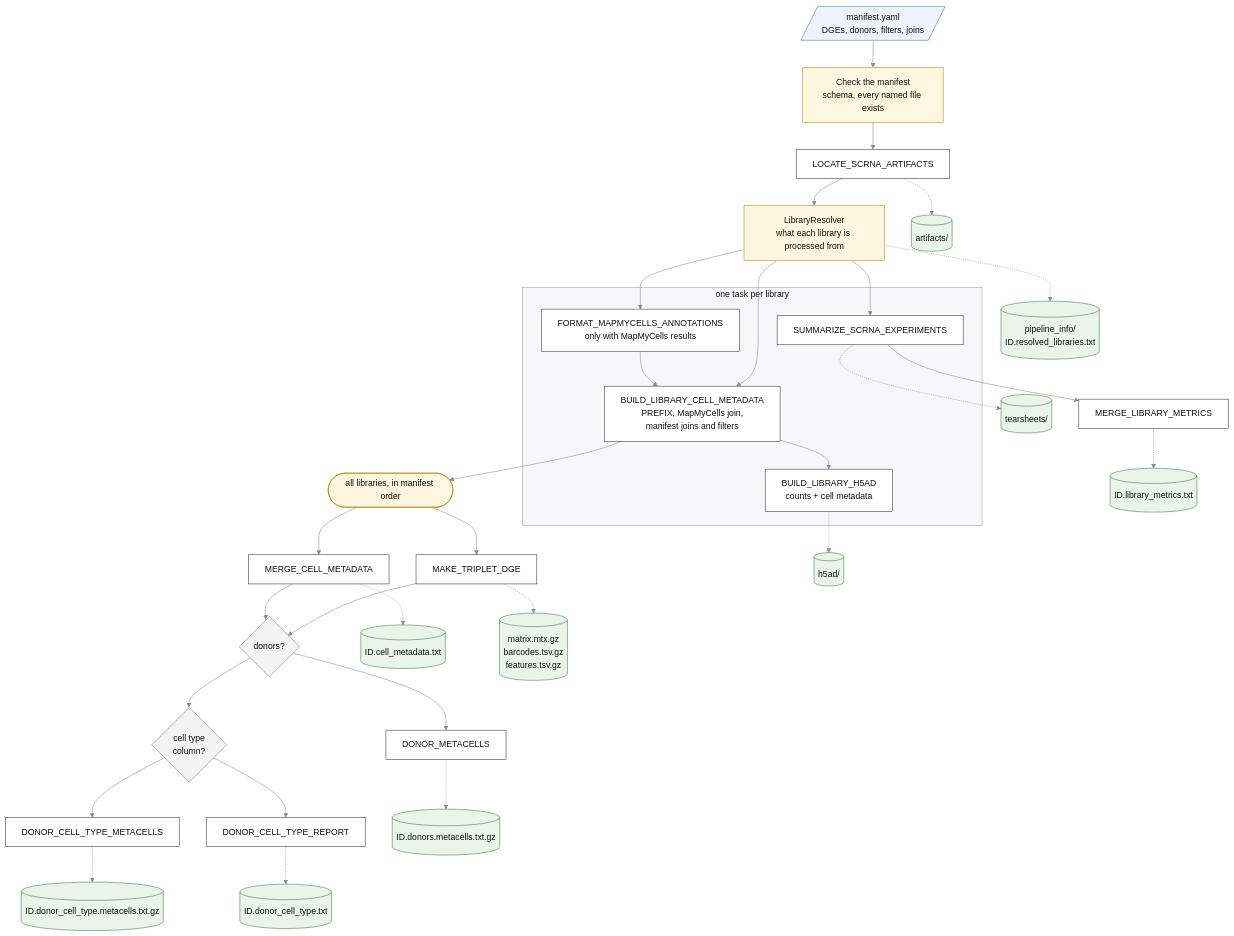
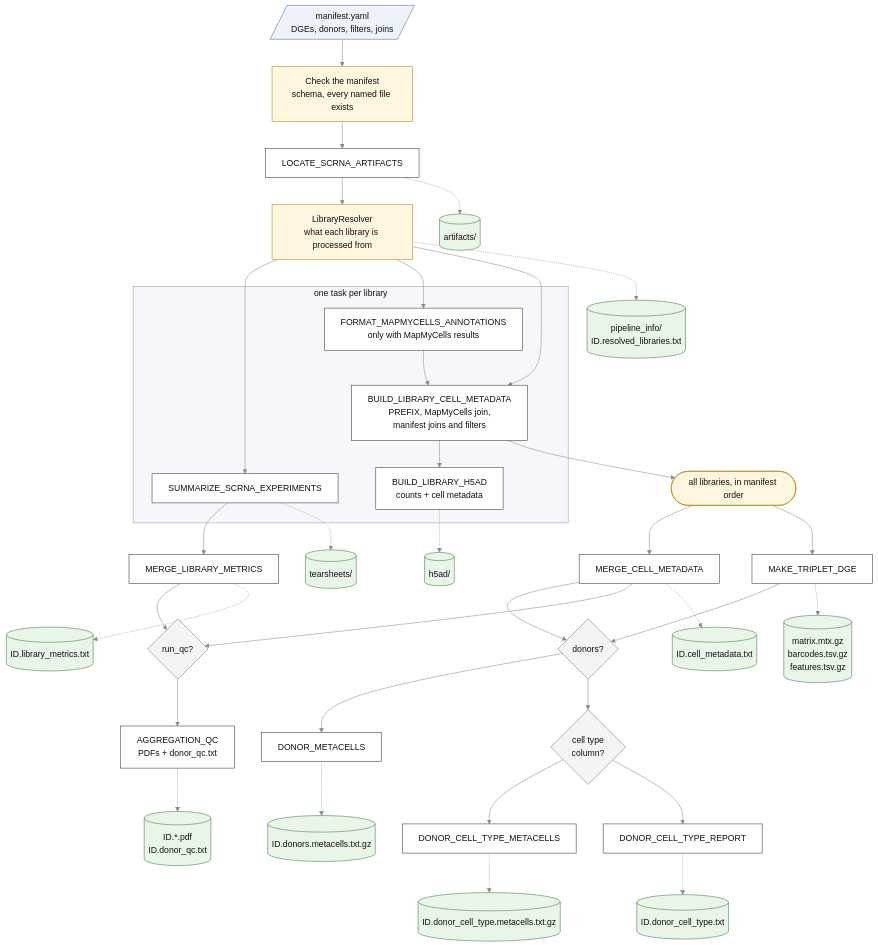
Before and after one commit to broadinstitute/mccarroll-scrna-aggregation: the diagram in docs/figures/workflow.mmd, drawn with Mermaid. The commit also changed 8 other files, not shown here.

```diff
--- a/docs/figures/workflow.mmd
+++ b/docs/figures/workflow.mmd
@@ -1,74 +1,82 @@
 %%{init: {"theme": "base", "themeVariables": {"primaryColor": "#ffffff", "primaryTextColor": "#111111", "primaryBorderColor": "#333333", "lineColor": "#8a8a8a", "clusterBkg": "#f7f7fb", "clusterBorder": "#9a9ab8", "titleColor": "#111111"}}}%%
 flowchart TD
     manifest[/"manifest.yaml<br/>DGEs, donors, filters, joins"/]:::input
 
     check["Check the manifest<br/>schema, every named file exists"]:::head
     locate["LOCATE_SCRNA_ARTIFACTS"]
     resolve["LibraryResolver<br/>what each library is processed from"]:::head
 
     manifest --> check --> locate --> resolve
 
     subgraph per_library ["one task per library"]
         summarize["SUMMARIZE_SCRNA_EXPERIMENTS"]
         format["FORMAT_MAPMYCELLS_ANNOTATIONS<br/>only with MapMyCells results"]
         build["BUILD_LIBRARY_CELL_METADATA<br/>PREFIX, MapMyCells join,<br/>manifest joins and filters"]
         h5ad["BUILD_LIBRARY_H5AD<br/>counts + cell metadata"]
         format --> build
         build --> h5ad
     end
 
     resolve --> summarize
     resolve --> format
     resolve --> build
 
     merge_metrics["MERGE_LIBRARY_METRICS"]
     summarize --> merge_metrics
 
     sorted(["all libraries, in manifest order"]):::head
     merge_cells["MERGE_CELL_METADATA"]
     triplet["MAKE_TRIPLET_DGE"]
     build --> sorted
     sorted --> merge_cells
     sorted --> triplet
 
     has_donors{"donors?"}:::gate
     has_cell_type{"cell type<br/>column?"}:::gate
     donor_metacells["DONOR_METACELLS"]
     cell_type_metacells["DONOR_CELL_TYPE_METACELLS"]
     report["DONOR_CELL_TYPE_REPORT"]
     merge_cells --> has_donors
     triplet --> has_donors
     has_donors --> donor_metacells
     has_donors --> has_cell_type
     has_cell_type --> cell_type_metacells
     has_cell_type --> report
 
+    qc{"run_qc?"}:::gate
+    aggqc["AGGREGATION_QC<br/>PDFs + donor_qc.txt"]
+    merge_cells --> qc
+    merge_metrics --> qc
+    qc --> aggqc
+
     out_artifacts[("artifacts/")]:::output
     out_summary[("pipeline_info/<br/>ID.resolved_libraries.txt")]:::output
     out_tearsheets[("tearsheets/")]:::output
     out_h5ad[("h5ad/")]:::output
     out_metrics[("ID.library_metrics.txt")]:::output
     out_cells[("ID.cell_metadata.txt")]:::output
     out_matrix[("matrix.mtx.gz<br/>barcodes.tsv.gz<br/>features.tsv.gz")]:::output
     out_donor[("ID.donors.metacells.txt.gz")]:::output
     out_cell_type[("ID.donor_cell_type.metacells.txt.gz")]:::output
     out_report[("ID.donor_cell_type.txt")]:::output
+    out_qc[("ID.*.pdf<br/>ID.donor_qc.txt")]:::output
 
     locate -.-> out_artifacts
     resolve -.-> out_summary
     summarize -.-> out_tearsheets
     h5ad -.-> out_h5ad
     merge_metrics -.-> out_metrics
     merge_cells -.-> out_cells
     triplet -.-> out_matrix
     donor_metacells -.-> out_donor
     cell_type_metacells -.-> out_cell_type
     report -.-> out_report
+    aggqc -.-> out_qc
 
     classDef default fill:#ffffff,stroke:#333333,color:#111111
     classDef input fill:#eef3fb,stroke:#4a6fa5,color:#111111
     classDef head fill:#fff6e0,stroke:#b8860b,color:#111111
     classDef gate fill:#f4f4f4,stroke:#777777,color:#111111
     classDef output fill:#eaf5ea,stroke:#3d7a3d,color:#111111
     style per_library fill:#f7f7fb,stroke:#9a9ab8,color:#111111
     linkStyle default stroke:#8a8a8a
```
